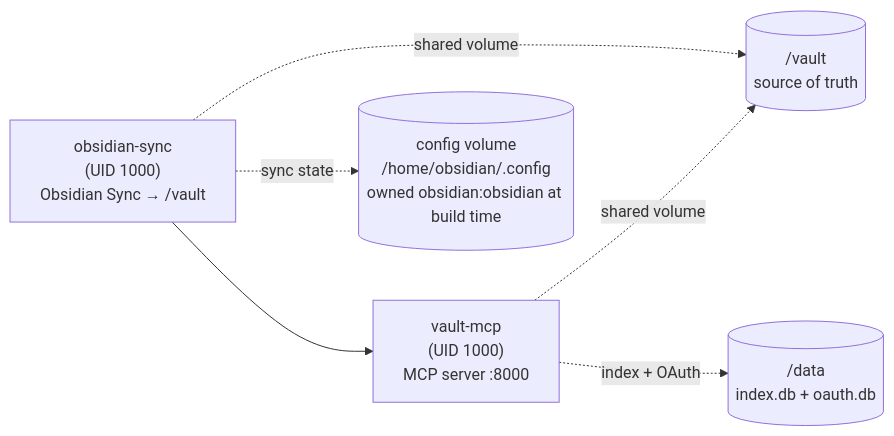
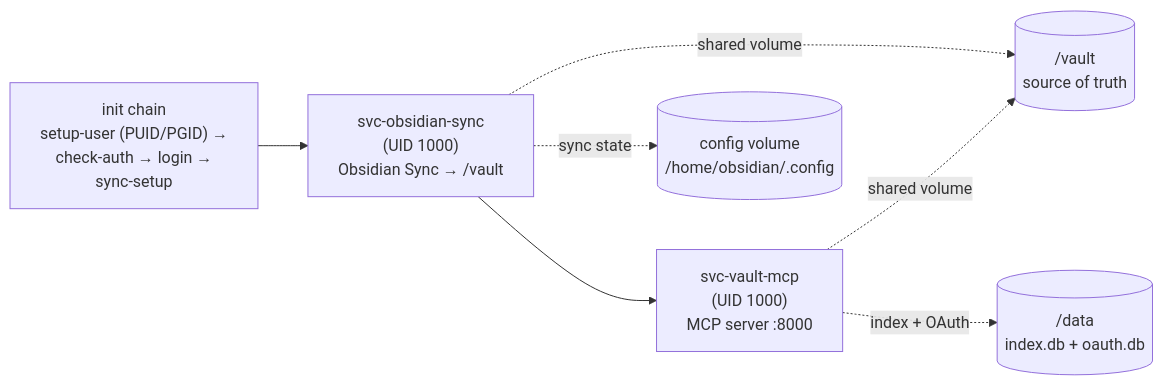
Before and after one commit to aliasunder/vault-cortex: the third of 5 diagrams in ARCHITECTURE.md, drawn with Mermaid. The commit also changed other lines of this file and 61 other files, not shown here.

````diff
--- a/ARCHITECTURE.md
+++ b/ARCHITECTURE.md
@@ -145,8 +151,9 @@
 ```mermaid
 graph LR
-    B["obsidian-sync<br/>(UID 1000)<br/>Obsidian Sync → /vault"] --> C["vault-mcp<br/>(UID 1000)<br/>MCP server :8000"]
+    A["init chain<br/>setup-user (PUID/PGID) →<br/>check-auth → login →<br/>sync-setup"] --> B["svc-obsidian-sync<br/>(UID 1000)<br/>Obsidian Sync → /vault"]
+    B --> C["svc-vault-mcp<br/>(UID 1000)<br/>MCP server :8000"]
     B -.->|shared volume| D[("/vault<br/>source of truth")]
     C -.->|shared volume| D
     C -.->|index + OAuth| E[("/data<br/>index.db + oauth.db")]
-    B -.->|sync state| F[("config volume<br/>/home/obsidian/.config<br/>owned obsidian:obsidian at build time")]
+    B -.->|sync state| F[("config volume<br/>/home/obsidian/.config")]
 ```
````
